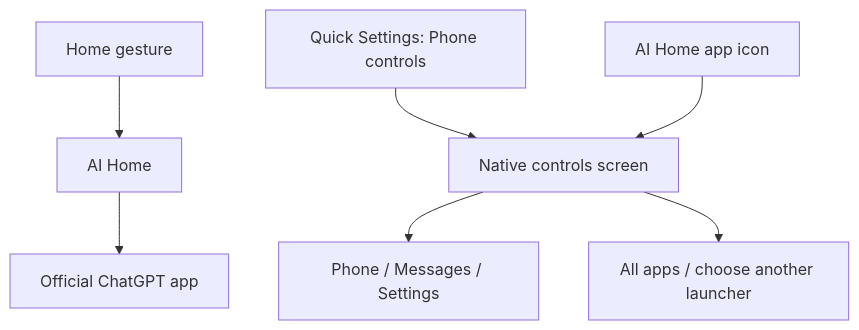
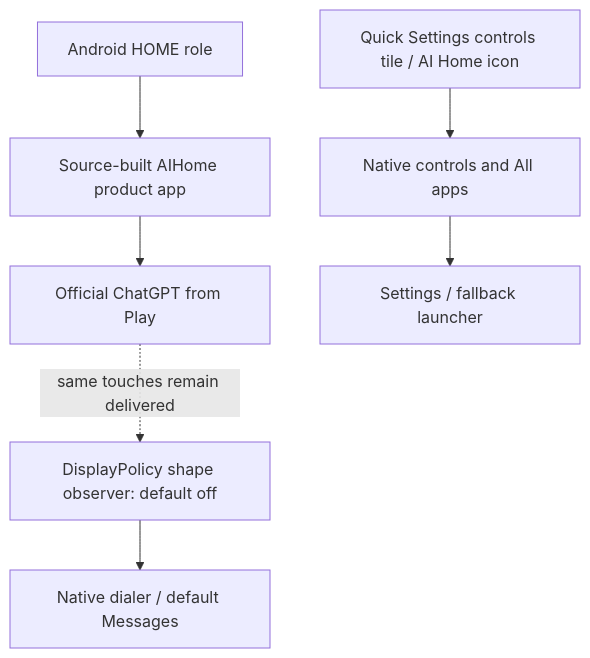
One commit to 42kyynfqjv-dot/Chatgptandroid changed the diagram in docs/architecture.md. Above: the diagram before and after it, drawn with Mermaid. The commit also changed other lines of this file and 47 other files, not shown here.

Commit message:
Integrate Pixel OS Home and shape gestures with isolated development builds

````diff
--- a/docs/architecture.md
+++ b/docs/architecture.md
@@ -10,9 +11,9 @@
 ```mermaid
 flowchart TD
-    H[Home gesture] --> L[AI Home]
-    L --> C[Official ChatGPT app]
-    Q[Quick Settings: Phone controls] --> P[Native controls screen]
-    I[AI Home app icon] --> P
-    P --> D[Phone / Messages / Settings]
-    P --> R[All apps / choose another launcher]
+    H[Android HOME role] --> L[Source-built AIHome product app]
+    L --> C[Official ChatGPT from Play]
+    G[DisplayPolicy shape observer: default off] --> D[Native dialer / default Messages]
+    C -. same touches remain delivered .-> G
+    Q[Quick Settings controls tile / AI Home icon] --> P[Native controls and All apps]
+    P --> S[Settings / fallback launcher]
 ```
````
